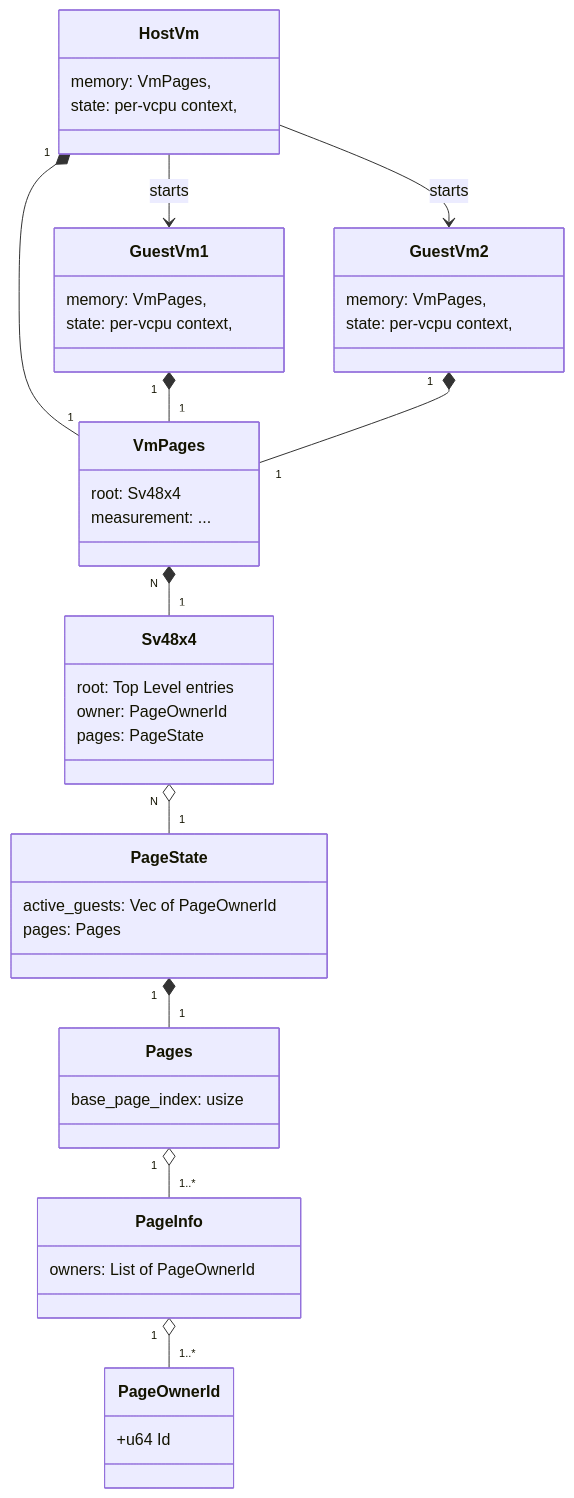
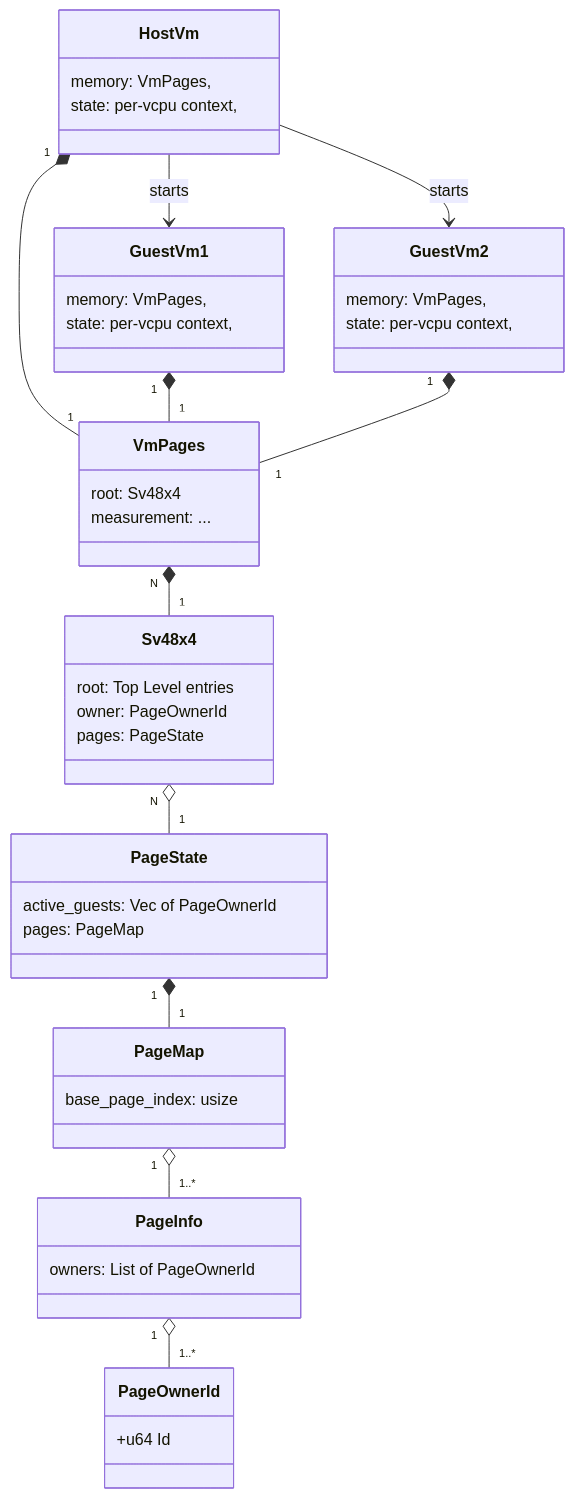
Before and after one commit to rivosinc/salus: the second of 3 diagrams in MEMORY.md, drawn with Mermaid. The commit also changed other lines of this file and 3 other files, not shown here.

First line of the commit message:
Minor: Rename 'Pages' -> 'PageMap'

````diff
--- a/MEMORY.md
+++ b/MEMORY.md
@@ -40,47 +40,47 @@
 ```mermaid
 classDiagram
     class PageOwnerId {
         +u64 Id
     }
     PageInfo "1" o-- "1..*" PageOwnerId
     class PageInfo {
       owners: List of PageOwnerId
     }
-    Pages "1" o-- "1..*" PageInfo
-    class Pages {
+    PageMap "1" o-- "1..*" PageInfo
+    class PageMap {
       base_page_index: usize
     }
-    PageState "1" *-- "1" Pages
+    PageState "1" *-- "1" PageMap
     class PageState {
         active_guests: Vec of PageOwnerId
-        pages: Pages
+        pages: PageMap
     }
     Sv48x4 "N" o-- "1" PageState
     class Sv48x4 {
     	root: Top Level entries
 	owner: PageOwnerId
         pages: PageState
     }
     VmPages "N" *-- "1" Sv48x4
     class VmPages {
         root: Sv48x4
 	measurement: ...
     }
     HostVm "1" *-- "1" VmPages
     HostVm --> GuestVm1 : starts
     HostVm --> GuestVm2 : starts
     class HostVm {
         memory: VmPages,
 	state: per-vcpu context,
     }
     GuestVm1 "1" *-- "1" VmPages
     class GuestVm1 {
         memory: VmPages,
 	state: per-vcpu context,
     }
     GuestVm2 "1" *-- "1" VmPages
     class GuestVm2 {
         memory: VmPages,
 	state: per-vcpu context,
     }
 ```
````
